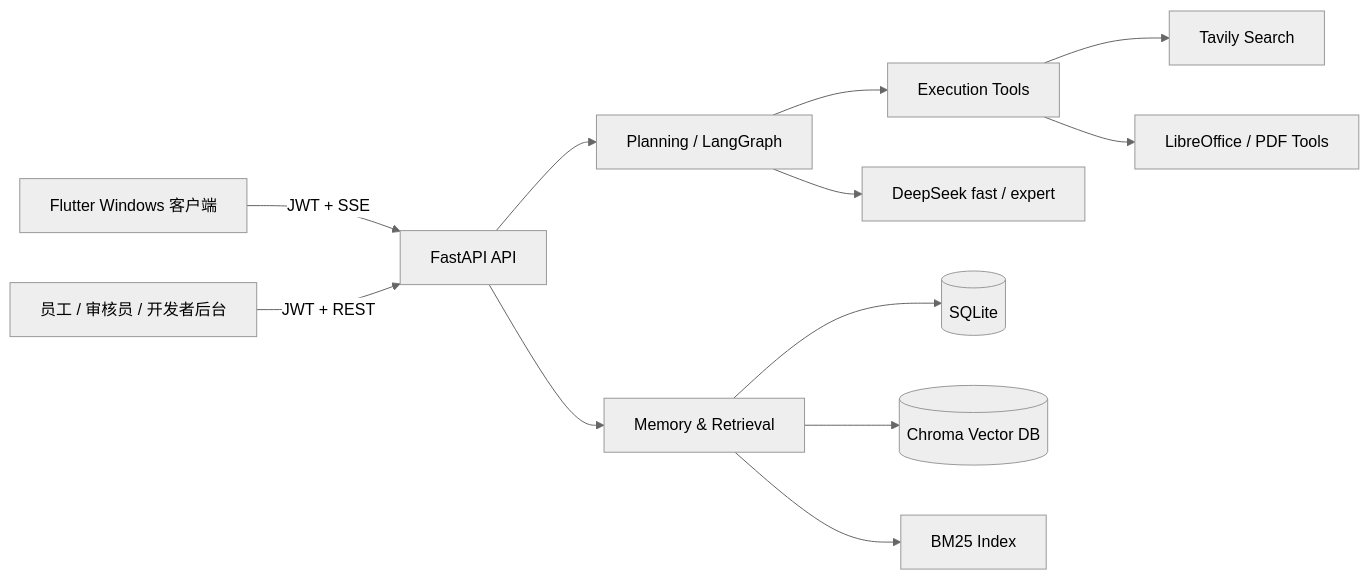
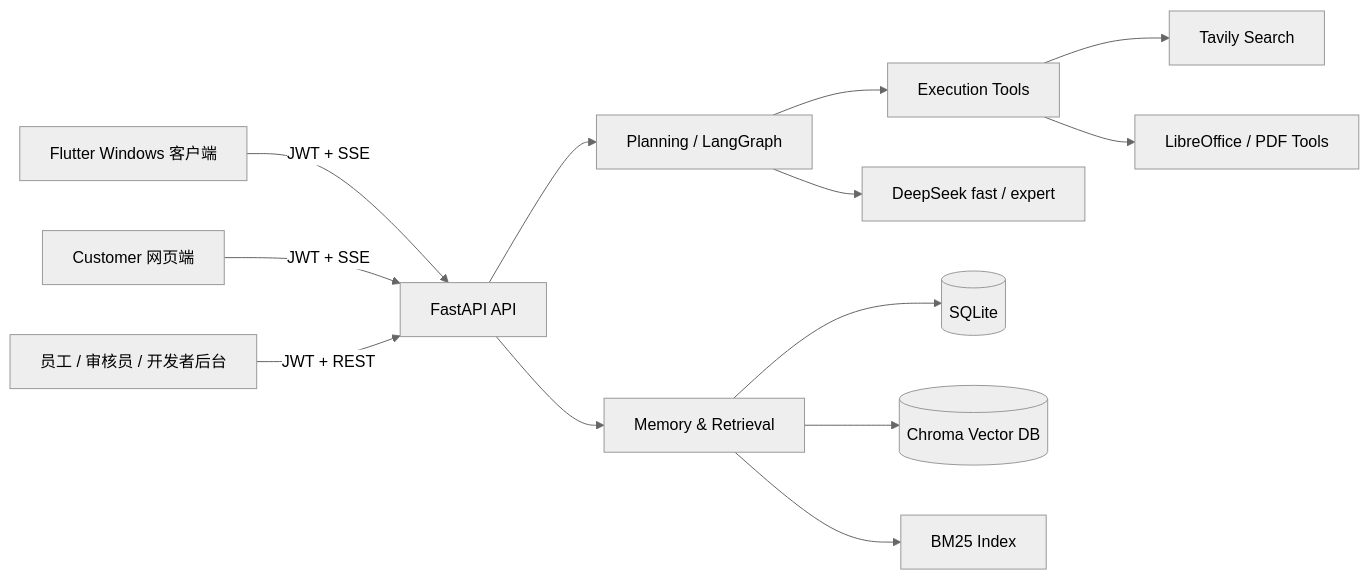
Before and after one commit to z987645344-arch/zhitian: the diagram in README.md, drawn with Mermaid (neutral theme). The commit also changed other lines of this file and 7 other files, not shown here.

````diff
--- a/README.md
+++ b/README.md
@@ -22,14 +25,15 @@
 ```mermaid
 flowchart LR
     A[Flutter Windows 客户端] -->|JWT + SSE| B[FastAPI API]
+    A2[Customer 网页端] -->|JWT + SSE| B
     C[员工 / 审核员 / 开发者后台] -->|JWT + REST| B
     B --> D[Planning / LangGraph]
     D --> E[Execution Tools]
     D --> F[DeepSeek fast / expert]
     E --> G[Tavily Search]
     E --> H[LibreOffice / PDF Tools]
     B --> I[Memory & Retrieval]
     I --> J[(SQLite)]
     I --> K[(Chroma Vector DB)]
     I --> L[BM25 Index]
 ```
````
